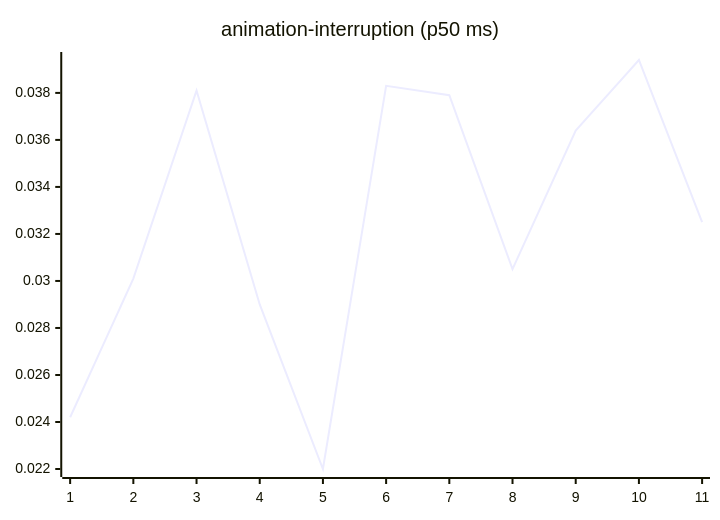
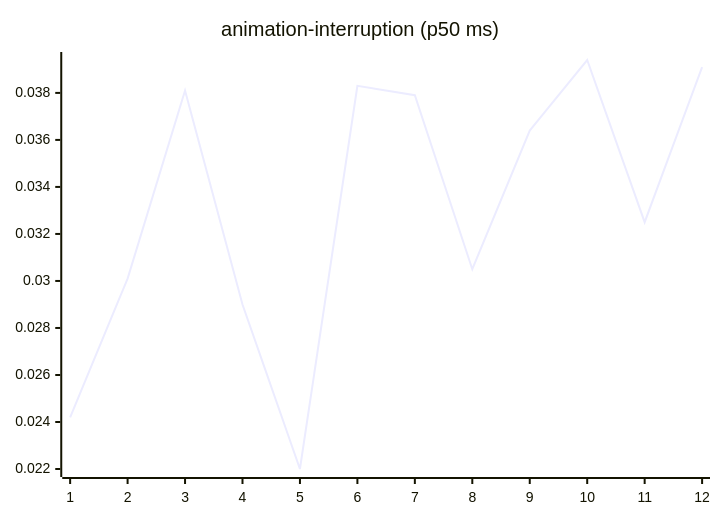
Before and after one commit to josha/Facet: the third of 27 diagrams in README.md, drawn with Mermaid. The commit also changed other lines of this file and 2 other files, not shown here.

````diff
--- a/README.md
+++ b/README.md
@@ -77,6 +77,6 @@
 ```mermaid
 xychart-beta
     title "animation-interruption (p50 ms)"
-    x-axis 1 --> 11
-    line [0.0242, 0.0301, 0.0381, 0.0290, 0.0220, 0.0383, 0.0379, 0.0305, 0.0364, 0.0394, 0.0325]
+    x-axis 1 --> 12
+    line [0.0242, 0.0301, 0.0381, 0.0290, 0.0220, 0.0383, 0.0379, 0.0305, 0.0364, 0.0394, 0.0325, 0.0391]
 ```
````
